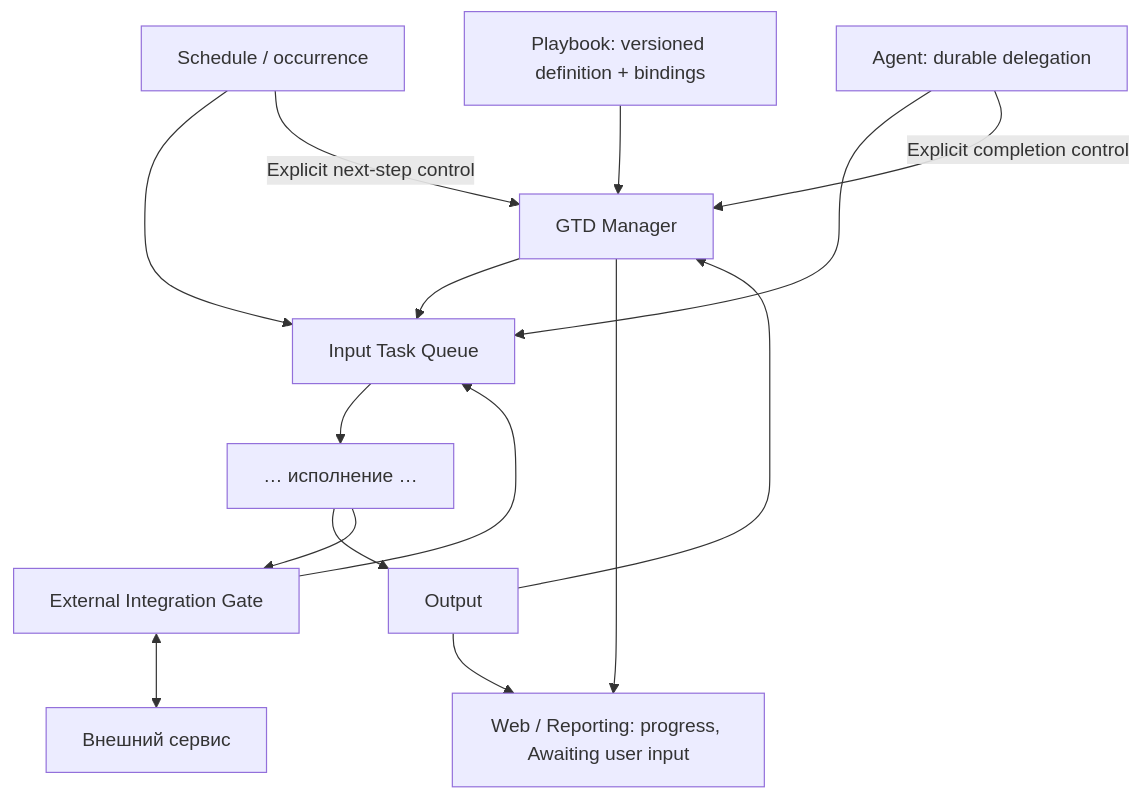
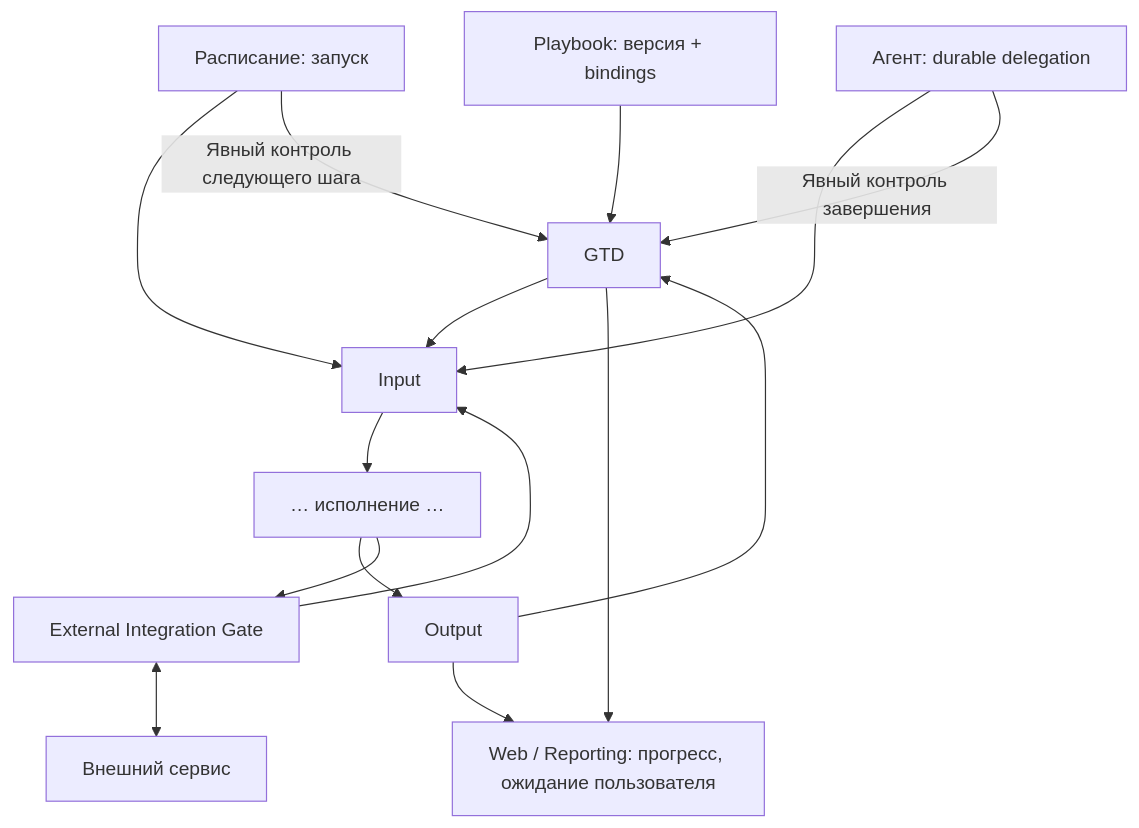
Before and after one commit to trained-assist/trained-agent-architecture: the third of 3 diagrams in ARCHITECTURE.md, drawn with Mermaid. The commit also changed other lines of this file and 4 other files, not shown here.

First line of the commit message:
docs: ARCHITECTURE v0.7 — Task Store, Workflow Port, разговорная сессия, решения прода

````diff
--- a/ARCHITECTURE.md
+++ b/ARCHITECTURE.md
@@ -77,17 +246,17 @@
 ```mermaid
 flowchart TD
-  PB["Playbook: versioned definition + bindings"] --> GTD["GTD Manager"]
-  SC["Schedule / occurrence"] --> I
-  AG["Agent: durable delegation"] --> I
-  SC -->|"Explicit next-step control"| GTD
-  AG -->|"Explicit completion control"| GTD
-  GTD --> I["Input Task Queue"]
+  PB["Playbook: версия + bindings"] --> GTD["GTD"]
+  SC["Расписание: запуск"] --> I["Input"]
+  AG["Агент: durable delegation"] --> I
+  SC -->|"Явный контроль следующего шага"| GTD
+  AG -->|"Явный контроль завершения"| GTD
+  GTD --> I
   I --> EX["… исполнение …"]
   EX --> O["Output"]
   O --> GTD
   EX --> EG["External Integration Gate"]
   EG <--> ES["Внешний сервис"]
   EG --> I
-  GTD --> W["Web / Reporting: progress, Awaiting user input"]
+  GTD --> W["Web / Reporting: прогресс, ожидание пользователя"]
   O --> W
 ```
````
